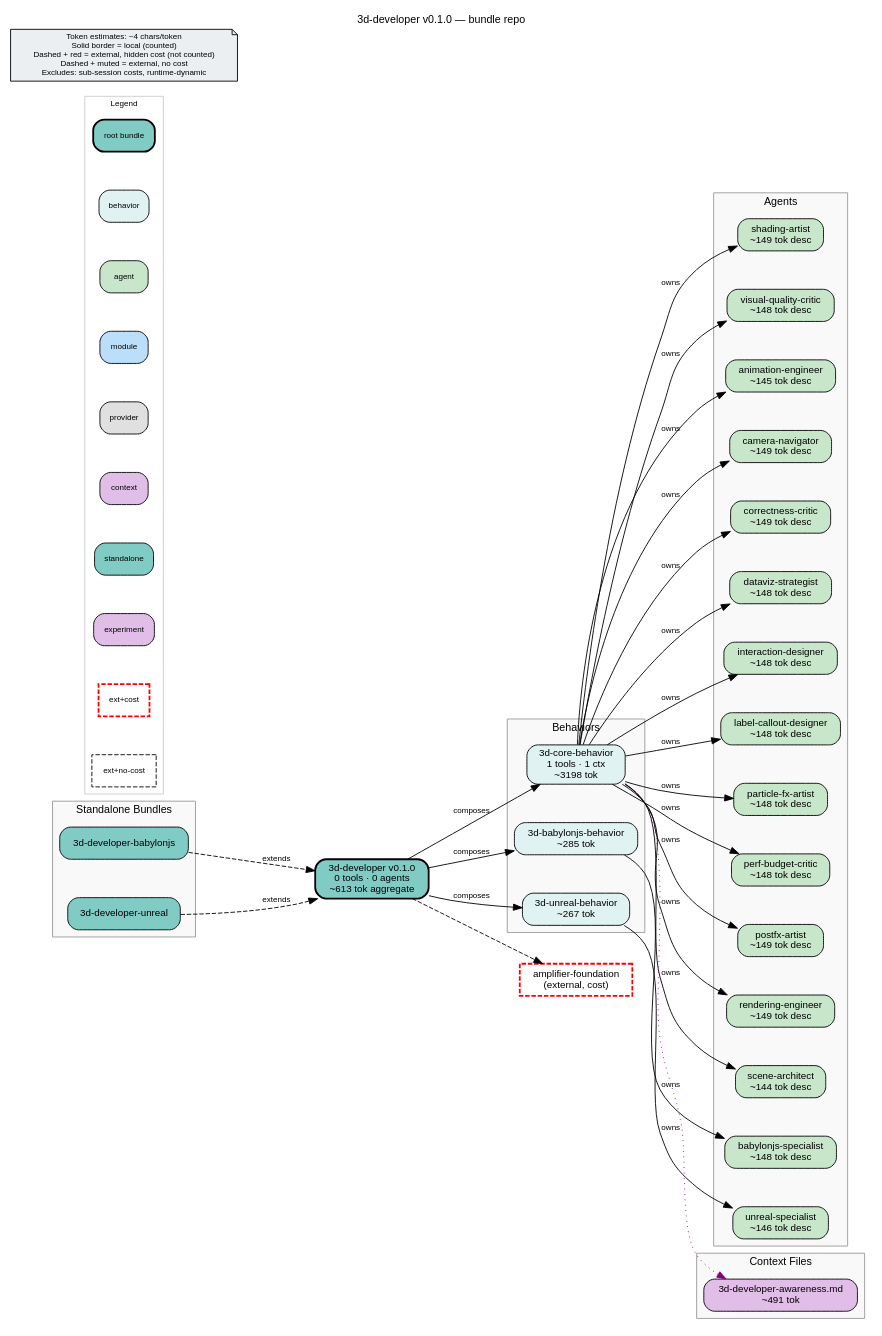
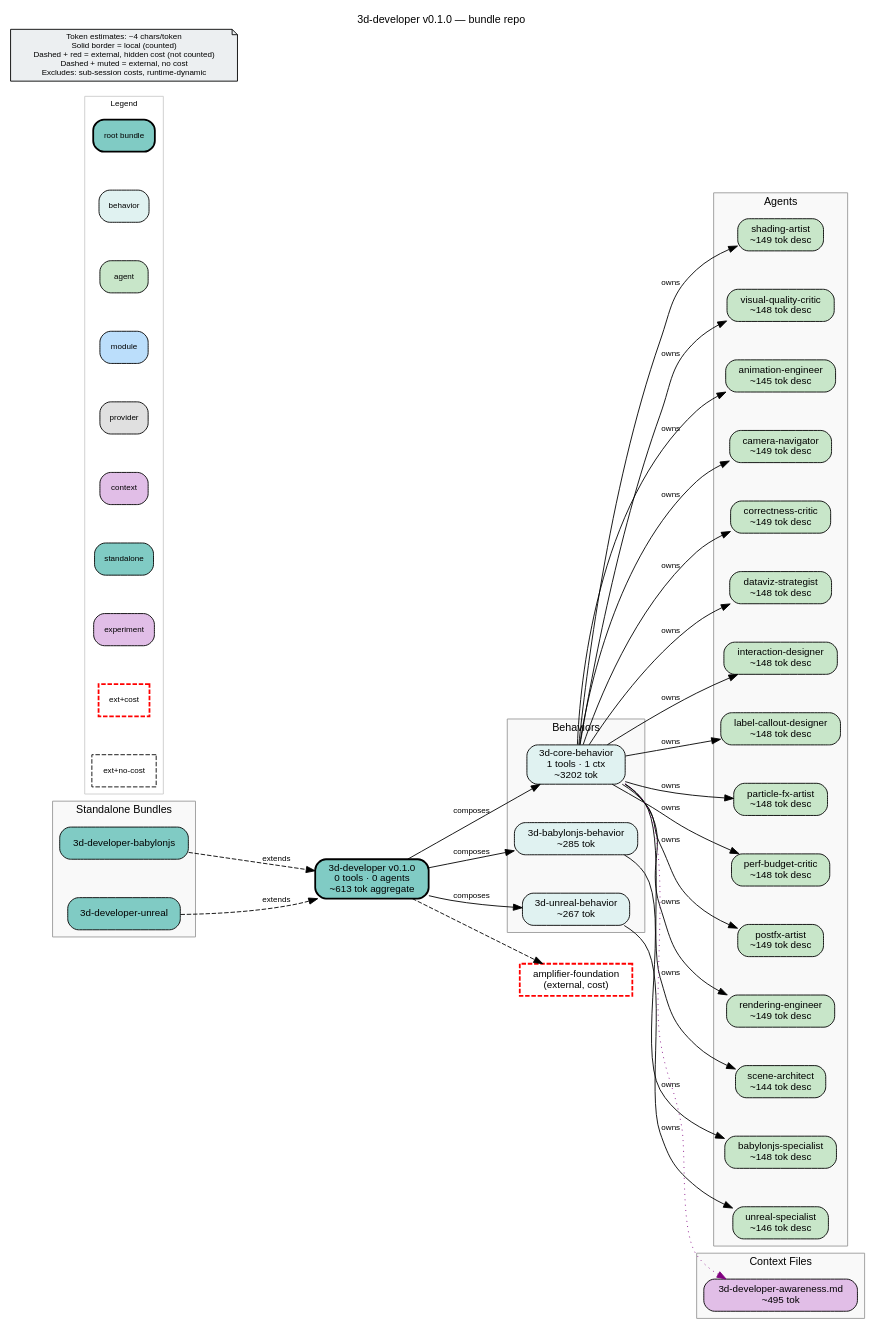
The diagram in bundle.dot (colombod/amplifier-bundle-3d-developer), drawn with Graphviz before and after one commit. The commit also changed 21 other files, not shown here.

```diff
--- a/bundle.dot
+++ b/bundle.dot
@@ -1,116 +1,116 @@
 digraph n_3d_developer {
     rankdir=LR
     fontname="Helvetica"
     fontsize=12
     label="3d-developer v0.1.0 — bundle repo"
     labelloc=t
     labeljust=c
     nodesep=0.6
     ranksep=0.7
     bgcolor="white"
     source_hash="7f9e7f44a97bf2ca8e852a793d760c52429abb2fe4b4b2e5582942f44c4f1efe"
 
     node [fontname="Helvetica", fontsize=11, style="filled,rounded"]
     edge [fontname="Helvetica", fontsize=9]
 
     root_3d_developer [label="3d-developer v0.1.0\n0 tools · 0 agents\n~613 tok aggregate", shape=box, fillcolor="#80cbc4", style="filled,rounded,bold", penwidth=2]
 
     subgraph cluster_behaviors {
         label="Behaviors"
         style="filled"
         fillcolor="#f9f9f9"
         color="#999999"
 
-        beh_3d_core_behavior [label="3d-core-behavior\n1 tools · 1 ctx\n~3198 tok", shape=box, fillcolor="#e0f2f1", style="filled,rounded"]
+        beh_3d_core_behavior [label="3d-core-behavior\n1 tools · 1 ctx\n~3202 tok", shape=box, fillcolor="#e0f2f1", style="filled,rounded"]
         beh_3d_babylonjs_behavior [label="3d-babylonjs-behavior\n~285 tok", shape=box, fillcolor="#e0f2f1", style="filled,rounded"]
         beh_3d_unreal_behavior [label="3d-unreal-behavior\n~267 tok", shape=box, fillcolor="#e0f2f1", style="filled,rounded"]
     }
 
     subgraph cluster_standalones {
         label="Standalone Bundles"
         style="filled"
         fillcolor="#f9f9f9"
         color="#999999"
 
         sta_3d_developer_babylonjs [label="3d-developer-babylonjs", shape=box, fillcolor="#80cbc4", style="filled,rounded"]
         sta_3d_developer_unreal [label="3d-developer-unreal", shape=box, fillcolor="#80cbc4", style="filled,rounded"]
     }
 
     subgraph cluster_agents {
         label="Agents"
         style="filled"
         fillcolor="#f9f9f9"
         color="#999999"
 
         agt_animation_engineer [label="animation-engineer\n~145 tok desc", shape=box, fillcolor="#c8e6c9", style="filled,rounded"]
         agt_babylonjs_specialist [label="babylonjs-specialist\n~148 tok desc", shape=box, fillcolor="#c8e6c9", style="filled,rounded"]
         agt_camera_navigator [label="camera-navigator\n~149 tok desc", shape=box, fillcolor="#c8e6c9", style="filled,rounded"]
         agt_correctness_critic [label="correctness-critic\n~149 tok desc", shape=box, fillcolor="#c8e6c9", style="filled,rounded"]
         agt_dataviz_strategist [label="dataviz-strategist\n~148 tok desc", shape=box, fillcolor="#c8e6c9", style="filled,rounded"]
         agt_interaction_designer [label="interaction-designer\n~148 tok desc", shape=box, fillcolor="#c8e6c9", style="filled,rounded"]
         agt_label_callout_designer [label="label-callout-designer\n~148 tok desc", shape=box, fillcolor="#c8e6c9", style="filled,rounded"]
         agt_particle_fx_artist [label="particle-fx-artist\n~148 tok desc", shape=box, fillcolor="#c8e6c9", style="filled,rounded"]
         agt_perf_budget_critic [label="perf-budget-critic\n~148 tok desc", shape=box, fillcolor="#c8e6c9", style="filled,rounded"]
         agt_postfx_artist [label="postfx-artist\n~149 tok desc", shape=box, fillcolor="#c8e6c9", style="filled,rounded"]
         agt_rendering_engineer [label="rendering-engineer\n~149 tok desc", shape=box, fillcolor="#c8e6c9", style="filled,rounded"]
         agt_scene_architect [label="scene-architect\n~144 tok desc", shape=box, fillcolor="#c8e6c9", style="filled,rounded"]
         agt_shading_artist [label="shading-artist\n~149 tok desc", shape=box, fillcolor="#c8e6c9", style="filled,rounded"]
         agt_unreal_specialist [label="unreal-specialist\n~146 tok desc", shape=box, fillcolor="#c8e6c9", style="filled,rounded"]
         agt_visual_quality_critic [label="visual-quality-critic\n~148 tok desc", shape=box, fillcolor="#c8e6c9", style="filled,rounded"]
     }
 
     subgraph cluster_context {
         label="Context Files"
         style="filled"
         fillcolor="#f9f9f9"
         color="#999999"
 
-        ctx_3d_developer_awareness_md [label="3d-developer-awareness.md\n~491 tok", shape=box, fillcolor="#e1bee7", style="filled,rounded"]
+        ctx_3d_developer_awareness_md [label="3d-developer-awareness.md\n~495 tok", shape=box, fillcolor="#e1bee7", style="filled,rounded"]
     }
 
     subgraph cluster_legend {
         label="Legend"
         style="filled"
         fillcolor="white"
         color="#cccccc"
         fontsize=9
 
         leg_root [label="root bundle", shape=box, fillcolor="#80cbc4", style="filled,rounded,bold", fontsize=9]
         leg_behavior [label="behavior", shape=box, fillcolor="#e0f2f1", style="filled,rounded", fontsize=9]
         leg_agent [label="agent", shape=box, fillcolor="#c8e6c9", style="filled,rounded", fontsize=9]
         leg_module [label="module", shape=box, fillcolor="#bbdefb", style="filled,rounded", fontsize=9]
         leg_provider [label="provider", shape=box, fillcolor="#e0e0e0", style="filled,rounded", fontsize=9]
         leg_context [label="context", shape=box, fillcolor="#e1bee7", style="filled,rounded", fontsize=9]
         leg_standalone [label="standalone", shape=box, fillcolor="#80cbc4", style="filled,rounded", fontsize=9]
         leg_experiment [label="experiment", shape=box, fillcolor="#e1bee7", style="filled,rounded", fontsize=9]
         leg_ext_cost [label="ext+cost", shape=box, fillcolor="#80cbc4", style="dashed", color="red", penwidth=2, fontsize=9]
         leg_ext_muted [label="ext+no-cost", shape=box, fillcolor="#f5f5f5", style="dashed", fontsize=9]
     }
 
     disclaimer [label="Token estimates: ~4 chars/token\nSolid border = local (counted)\nDashed + red = external, hidden cost (not counted)\nDashed + muted = external, no cost\nExcludes: sub-session costs, runtime-dynamic", shape=note, fillcolor="#eceff1", style="filled", fontsize=9]
 
     ext_githttps___github_com_microsoft_amplifier_foundation_main [label="amplifier-foundation\n(external, cost)", shape=box, fillcolor="#80cbc4", style="dashed", color="red", penwidth=2]
 
     root_3d_developer -> ext_githttps___github_com_microsoft_amplifier_foundation_main [style=dashed]
     root_3d_developer -> beh_3d_core_behavior [label="composes"]
     root_3d_developer -> beh_3d_babylonjs_behavior [label="composes"]
     root_3d_developer -> beh_3d_unreal_behavior [label="composes"]
     beh_3d_core_behavior -> agt_dataviz_strategist [label="owns"]
     beh_3d_core_behavior -> agt_scene_architect [label="owns"]
     beh_3d_core_behavior -> agt_rendering_engineer [label="owns"]
     beh_3d_core_behavior -> agt_shading_artist [label="owns"]
     beh_3d_core_behavior -> agt_interaction_designer [label="owns"]
     beh_3d_core_behavior -> agt_camera_navigator [label="owns"]
     beh_3d_core_behavior -> agt_postfx_artist [label="owns"]
     beh_3d_core_behavior -> agt_label_callout_designer [label="owns"]
     beh_3d_core_behavior -> agt_animation_engineer [label="owns"]
     beh_3d_core_behavior -> agt_particle_fx_artist [label="owns"]
     beh_3d_core_behavior -> agt_perf_budget_critic [label="owns"]
     beh_3d_core_behavior -> agt_visual_quality_critic [label="owns"]
     beh_3d_core_behavior -> agt_correctness_critic [label="owns"]
     beh_3d_core_behavior -> ctx_3d_developer_awareness_md [style=dotted, color=purple]
     beh_3d_babylonjs_behavior -> agt_babylonjs_specialist [label="owns"]
     beh_3d_unreal_behavior -> agt_unreal_specialist [label="owns"]
     sta_3d_developer_babylonjs -> root_3d_developer [label="extends", style=dashed]
     sta_3d_developer_unreal -> root_3d_developer [label="extends", style=dashed]
 }
```
